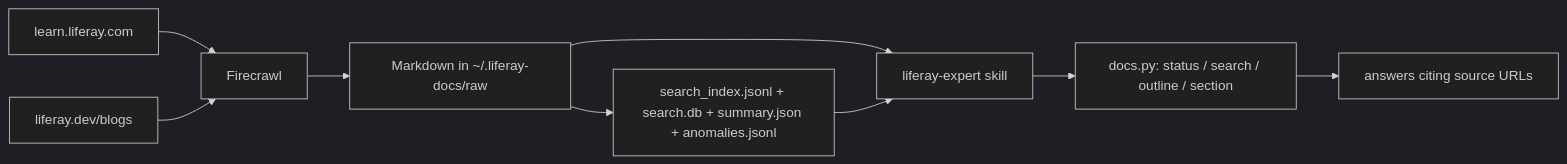
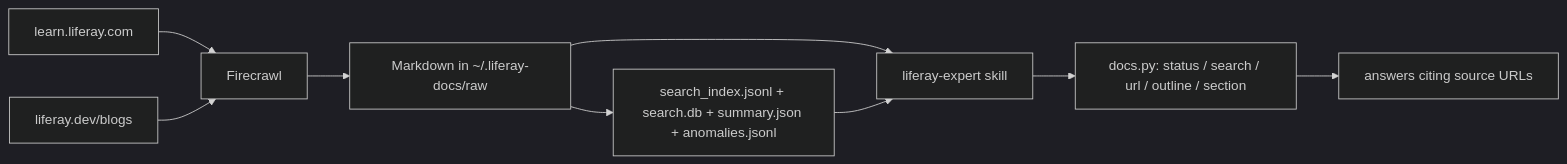
Before and after one commit to wsyski/liferay-context-builder: the diagram in README.md, drawn with Mermaid (dark theme). The commit also changed other lines of this file and 5 other files, not shown here.

````diff
--- a/README.md
+++ b/README.md
@@ -70,11 +70,11 @@
 ```mermaid
 flowchart LR
   A[learn.liferay.com] --> B[Firecrawl]
   A2[liferay.dev/blogs] --> B
   B --> C[Markdown in ~/.liferay-docs/raw]
   C --> D[search_index.jsonl + search.db + summary.json + anomalies.jsonl]
   C --> E[liferay-expert skill]
   D --> E
-  E --> F[docs.py: status / search / outline / section]
+  E --> F[docs.py: status / search / url / outline / section]
   F --> G[answers citing source URLs]
 ```
````
